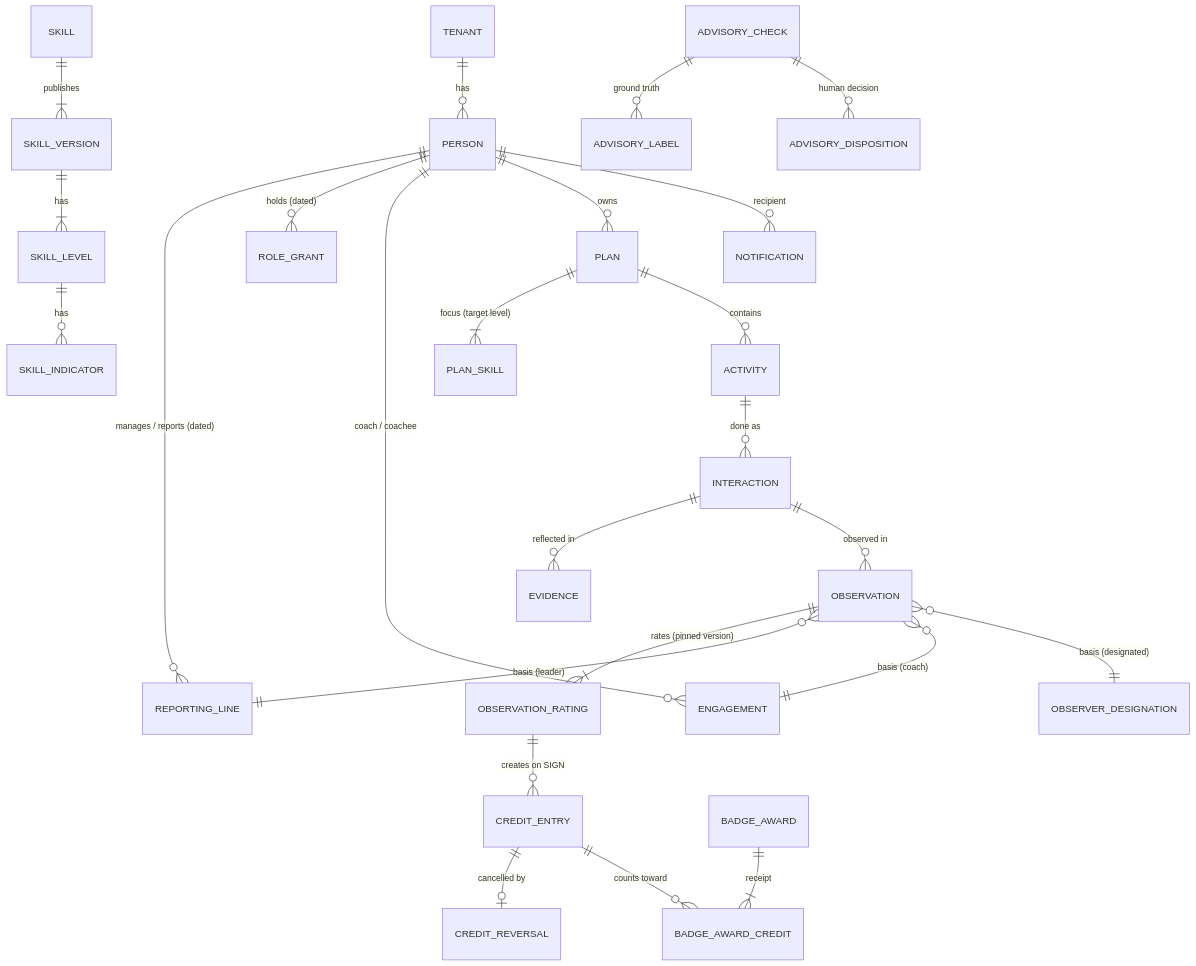
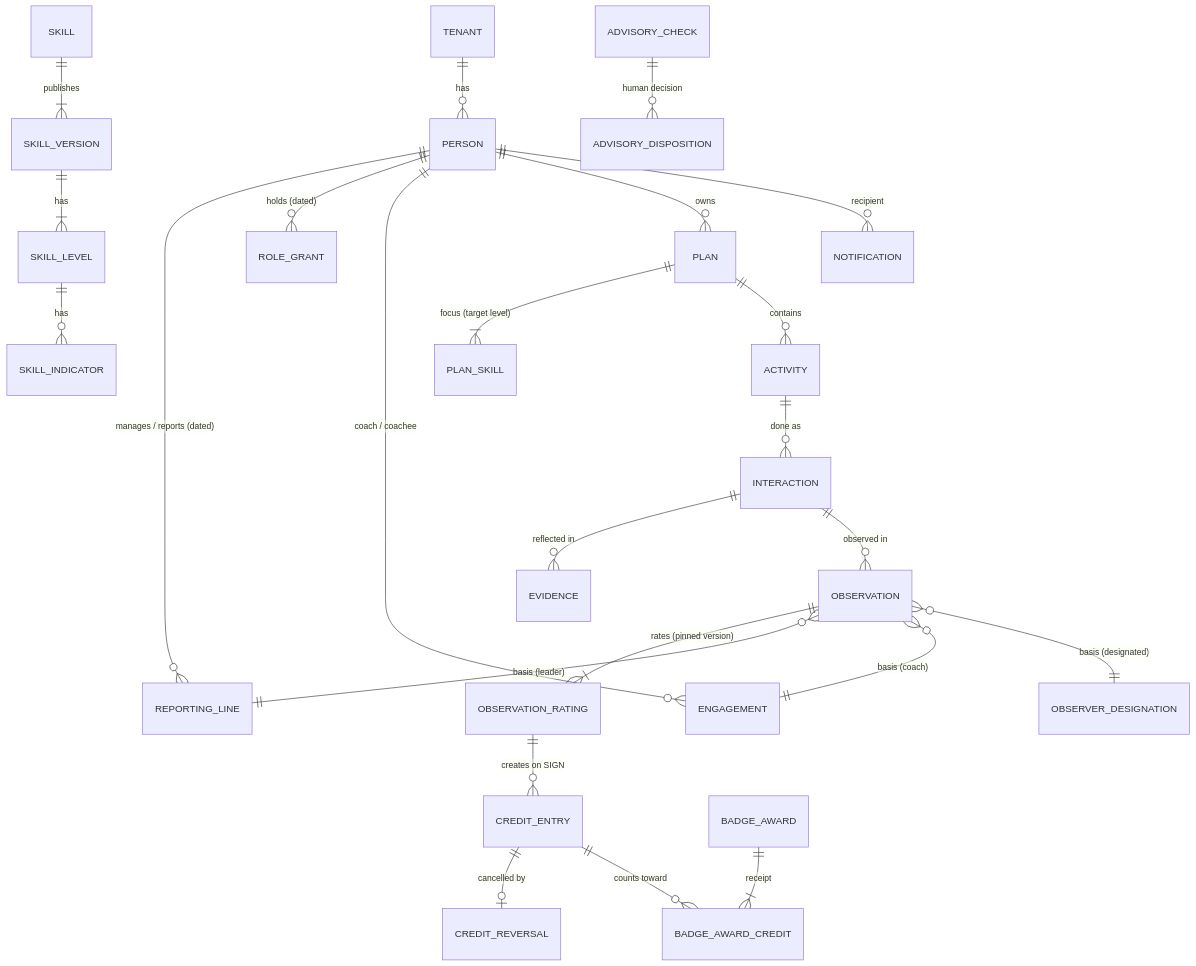
The eighth of 9 diagrams in docs/architecture/overview.md (brandonbryant12/project-x), drawn with Mermaid before and after one commit. The commit also changed other lines of this file and 54 other files, not shown here.

````diff
--- a/docs/architecture/overview.md
+++ b/docs/architecture/overview.md
@@ -177,27 +168,26 @@
 ```mermaid
 erDiagram
   TENANT ||--o{ PERSON : has
   PERSON ||--o{ REPORTING_LINE : "manages / reports (dated)"
   PERSON ||--o{ ROLE_GRANT : "holds (dated)"
   PERSON ||--o{ ENGAGEMENT : "coach / coachee"
   SKILL ||--|{ SKILL_VERSION : publishes
   SKILL_VERSION ||--|{ SKILL_LEVEL : has
   SKILL_LEVEL ||--o{ SKILL_INDICATOR : has
   PERSON ||--o{ PLAN : owns
   PLAN ||--|{ PLAN_SKILL : "focus (target level)"
   PLAN ||--o{ ACTIVITY : contains
   ACTIVITY ||--o{ INTERACTION : "done as"
   INTERACTION ||--o{ EVIDENCE : "reflected in"
   INTERACTION ||--o{ OBSERVATION : "observed in"
   OBSERVATION ||--|{ OBSERVATION_RATING : "rates (pinned version)"
   OBSERVATION_RATING ||--o{ CREDIT_ENTRY : "creates on SIGN"
   CREDIT_ENTRY ||--o| CREDIT_REVERSAL : "cancelled by"
   BADGE_AWARD ||--|{ BADGE_AWARD_CREDIT : "receipt"
   CREDIT_ENTRY ||--o{ BADGE_AWARD_CREDIT : "counts toward"
   OBSERVATION }o--|| REPORTING_LINE : "basis (leader)"
   OBSERVATION }o--|| ENGAGEMENT : "basis (coach)"
   OBSERVATION }o--|| OBSERVER_DESIGNATION : "basis (designated)"
   PERSON ||--o{ NOTIFICATION : "recipient"
-  ADVISORY_CHECK ||--o{ ADVISORY_LABEL : "ground truth"
   ADVISORY_CHECK ||--o{ ADVISORY_DISPOSITION : "human decision"
 ```
````
